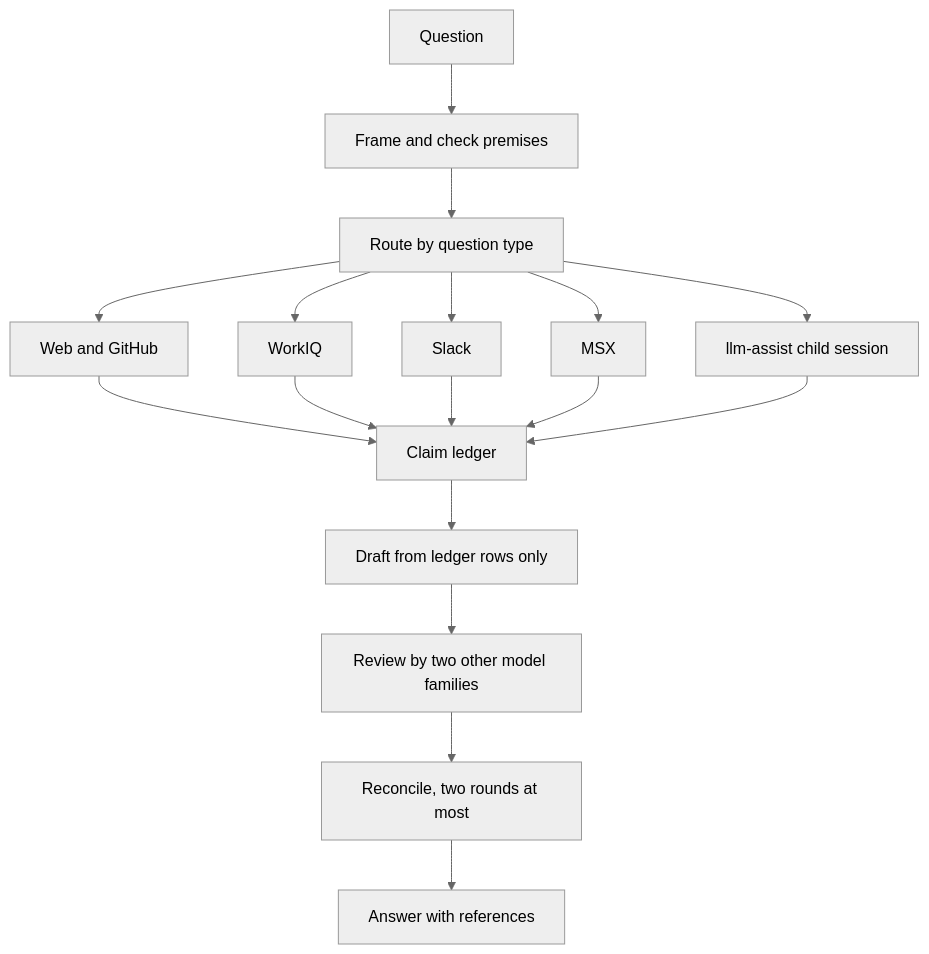
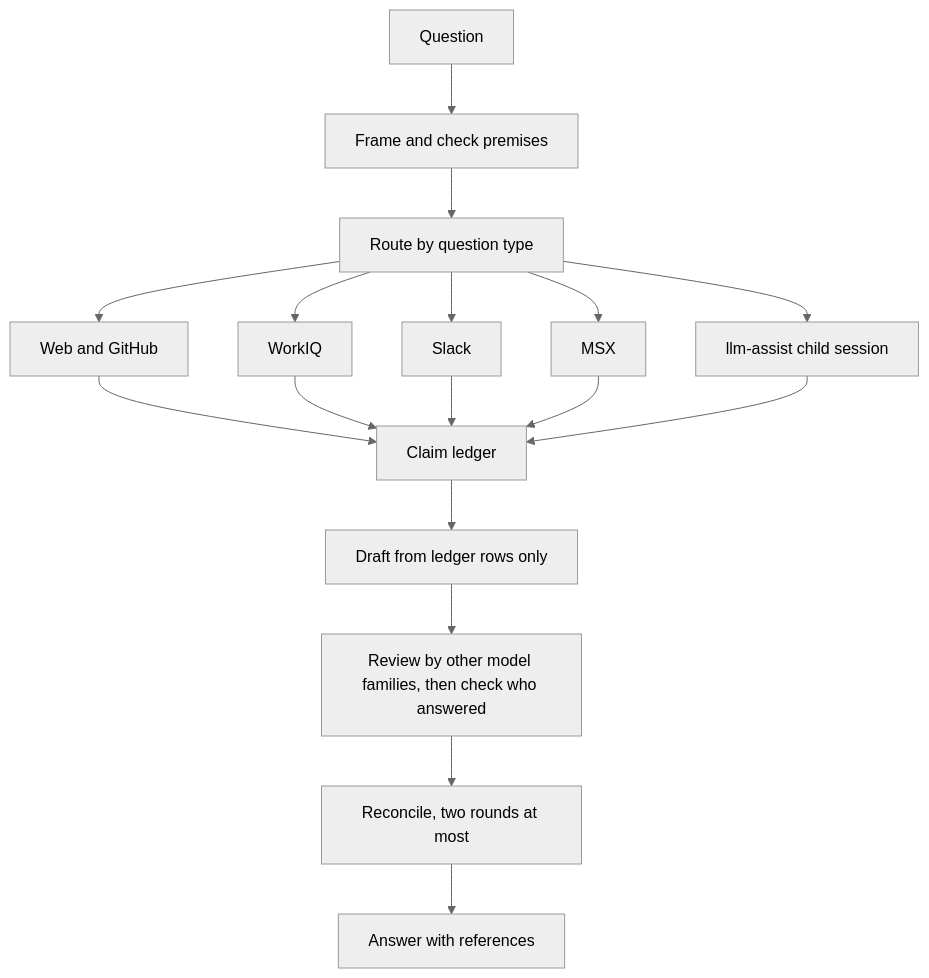
The diagram in docs/tech-researcher.md (sabajamalian/my-ghcp-agents), drawn with Mermaid (neutral theme) before and after one commit. The commit also changed other lines of this file and 7 other files, not shown here.

````diff
--- a/docs/tech-researcher.md
+++ b/docs/tech-researcher.md
@@ -17,19 +19,19 @@
 ```mermaid
 flowchart TD
     Q[Question] --> F[Frame and check premises]
     F --> R[Route by question type]
     R --> W[Web and GitHub]
     R --> I[WorkIQ]
     R --> S[Slack]
     R --> M[MSX]
     R --> L[llm-assist child session]
     W --> G[Claim ledger]
     I --> G
     S --> G
     M --> G
     L --> G
     G --> D[Draft from ledger rows only]
-    D --> V[Review by two other model families]
+    D --> V[Review by other model families, then check who answered]
     V --> C[Reconcile, two rounds at most]
     C --> A[Answer with references]
 ```
````
